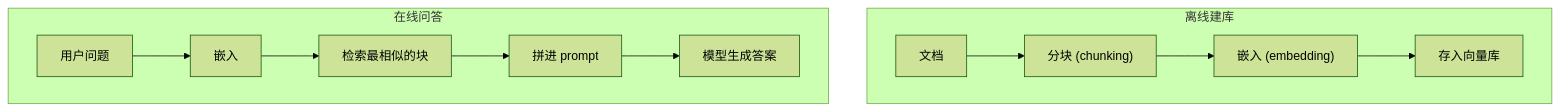
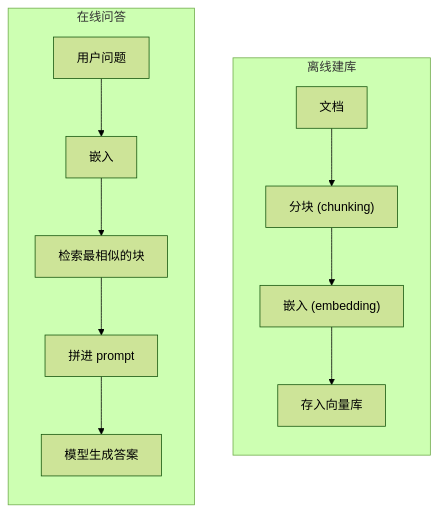
One commit to lijihao-0804/interview-forge changed the diagram in books/Python/Python实用入门与AI开发：语法、API、并发及工程实践.md. Above: the diagram before and after it, drawn with Mermaid (forest theme). The commit also changed 524 other files, not shown here.

````diff
--- a/books/Python/Python实用入门与AI开发：语法、API、并发及工程实践.md
+++ b/books/Python/Python实用入门与AI开发：语法、API、并发及工程实践.md
@@ -4734,14 +4734,16 @@
 ```mermaid
 flowchart TD
     subgraph Offline["离线建库"]
+        direction TB
         D1["文档"] --> D2["分块 (chunking)"]
         D2 --> D3["嵌入 (embedding)"]
         D3 --> D4["存入向量库"]
     end
     subgraph Online["在线问答"]
+        direction TB
         Q1["用户问题"] --> Q2["嵌入"]
         Q2 --> Q3["检索最相似的块"]
         Q3 --> Q4["拼进 prompt"]
         Q4 --> Q5["模型生成答案"]
     end
 ```
````
